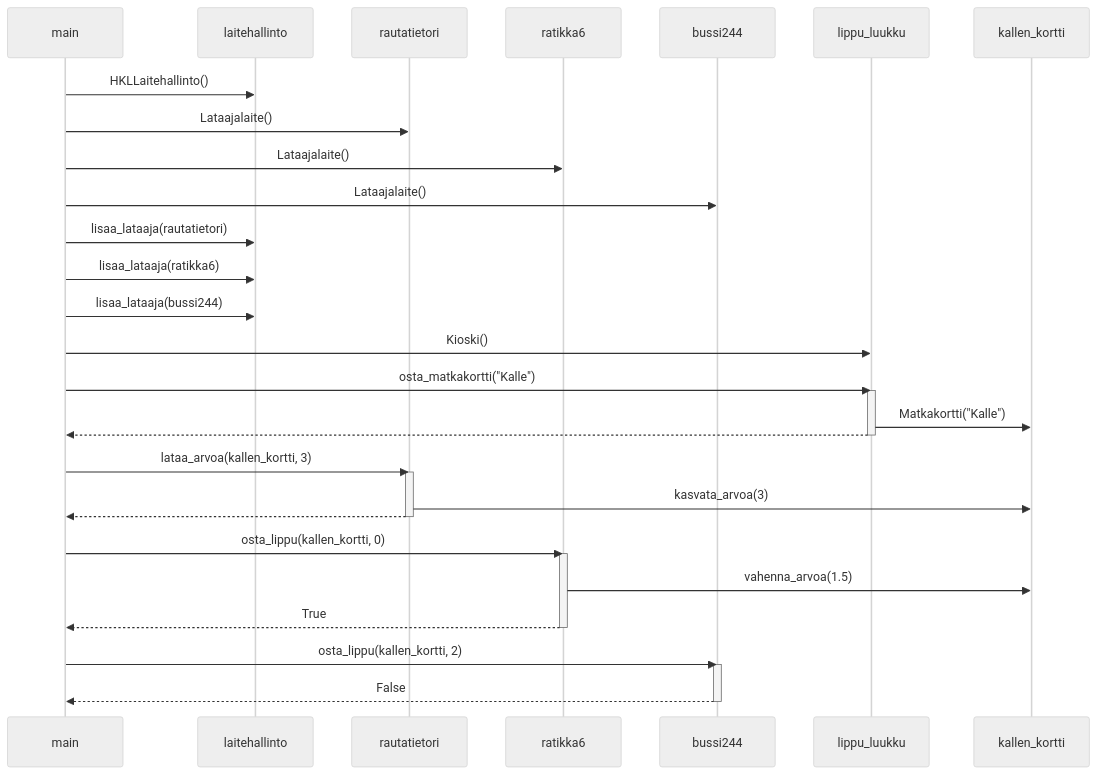
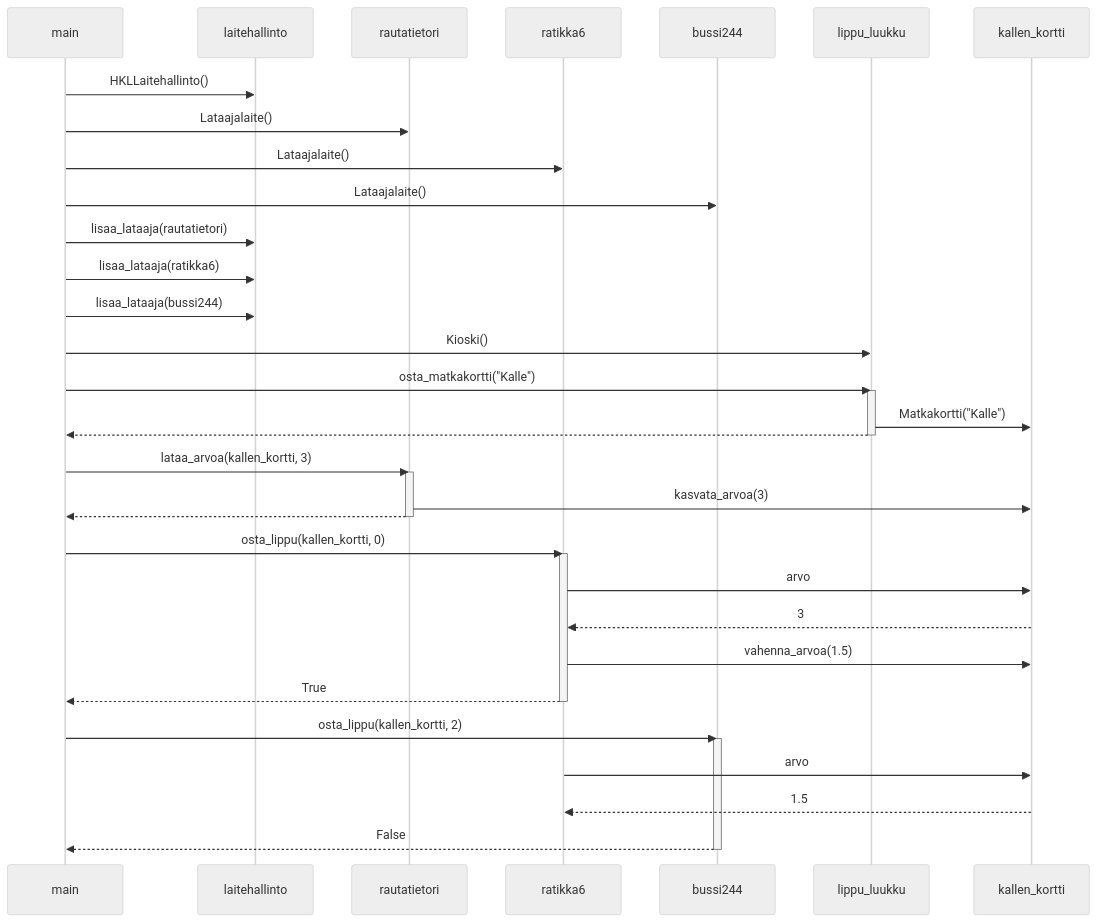
Before and after one commit to Wincewind/ot-harjoitustyo: the diagram in laskarit/viikko3/sekvenssi2.md, drawn with Mermaid (neutral theme).

````diff
--- a/laskarit/viikko3/sekvenssi2.md
+++ b/laskarit/viikko3/sekvenssi2.md
@@ -5,32 +5,36 @@
 ```mermaid
 
 sequenceDiagram
     main->>laitehallinto: HKLLaitehallinto()
     main->>rautatietori: Lataajalaite()
     main->>ratikka6: Lataajalaite()
     main->>bussi244: Lataajalaite()
     main->>laitehallinto: lisaa_lataaja(rautatietori)
     main->>laitehallinto: lisaa_lataaja(ratikka6)
     main->>laitehallinto: lisaa_lataaja(bussi244)
     main->>lippu_luukku: Kioski()
     main->>lippu_luukku: osta_matkakortti("Kalle")
     activate lippu_luukku
     lippu_luukku->>kallen_kortti: Matkakortti("Kalle")
     lippu_luukku-->>main: 
     deactivate lippu_luukku
     main->>rautatietori: lataa_arvoa(kallen_kortti, 3)
     activate rautatietori
     rautatietori->>kallen_kortti: kasvata_arvoa(3)
     rautatietori-->>main: 
     deactivate rautatietori
     main->>ratikka6: osta_lippu(kallen_kortti, 0)
     activate ratikka6
+    ratikka6->>kallen_kortti: arvo
+    kallen_kortti-->>ratikka6: 3
     ratikka6->>kallen_kortti: vahenna_arvoa(1.5)
     ratikka6-->>main: True
     deactivate ratikka6
     main->>bussi244: osta_lippu(kallen_kortti, 2)
     activate bussi244
+    ratikka6->>kallen_kortti: arvo
+    kallen_kortti-->>ratikka6: 1.5
     bussi244-->>main: False
     deactivate bussi244
     
 ```
````
